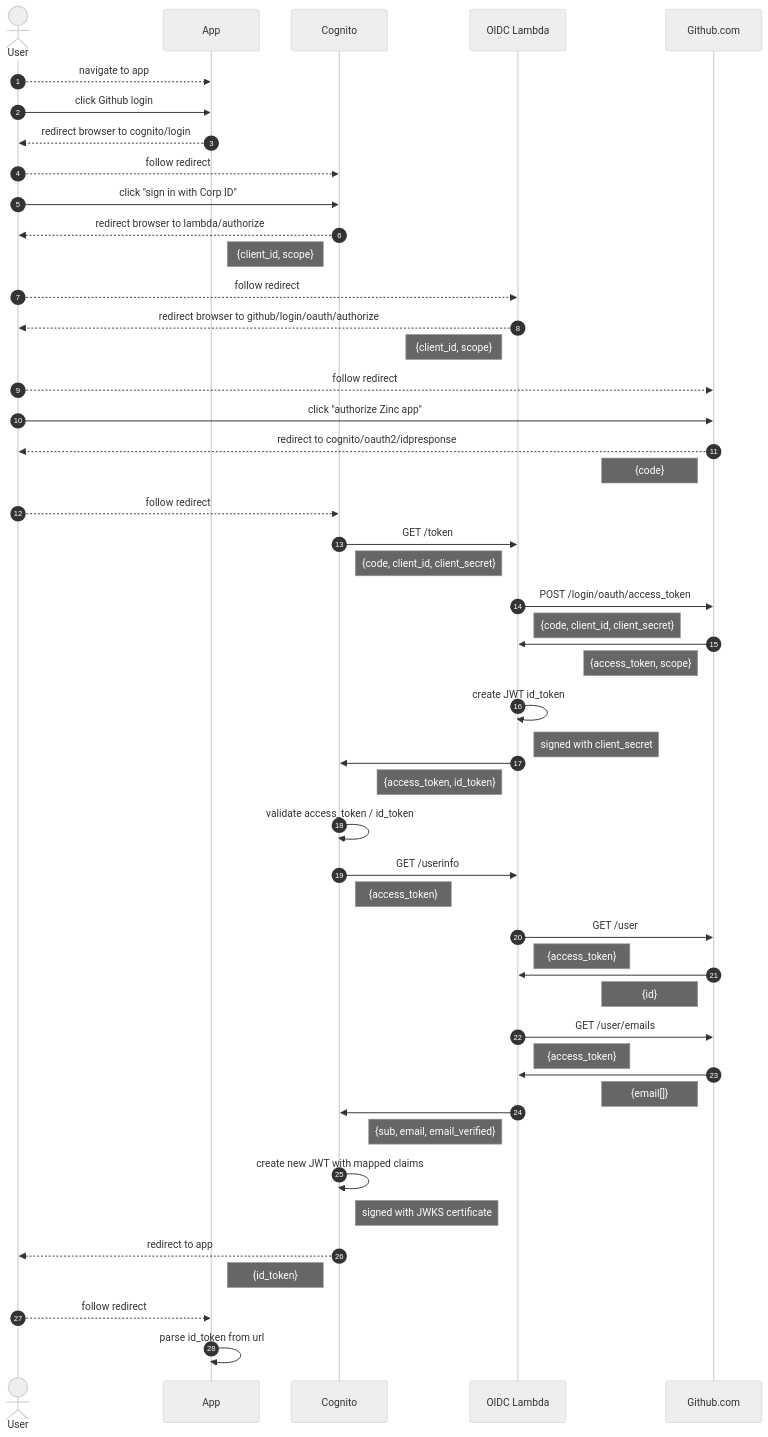
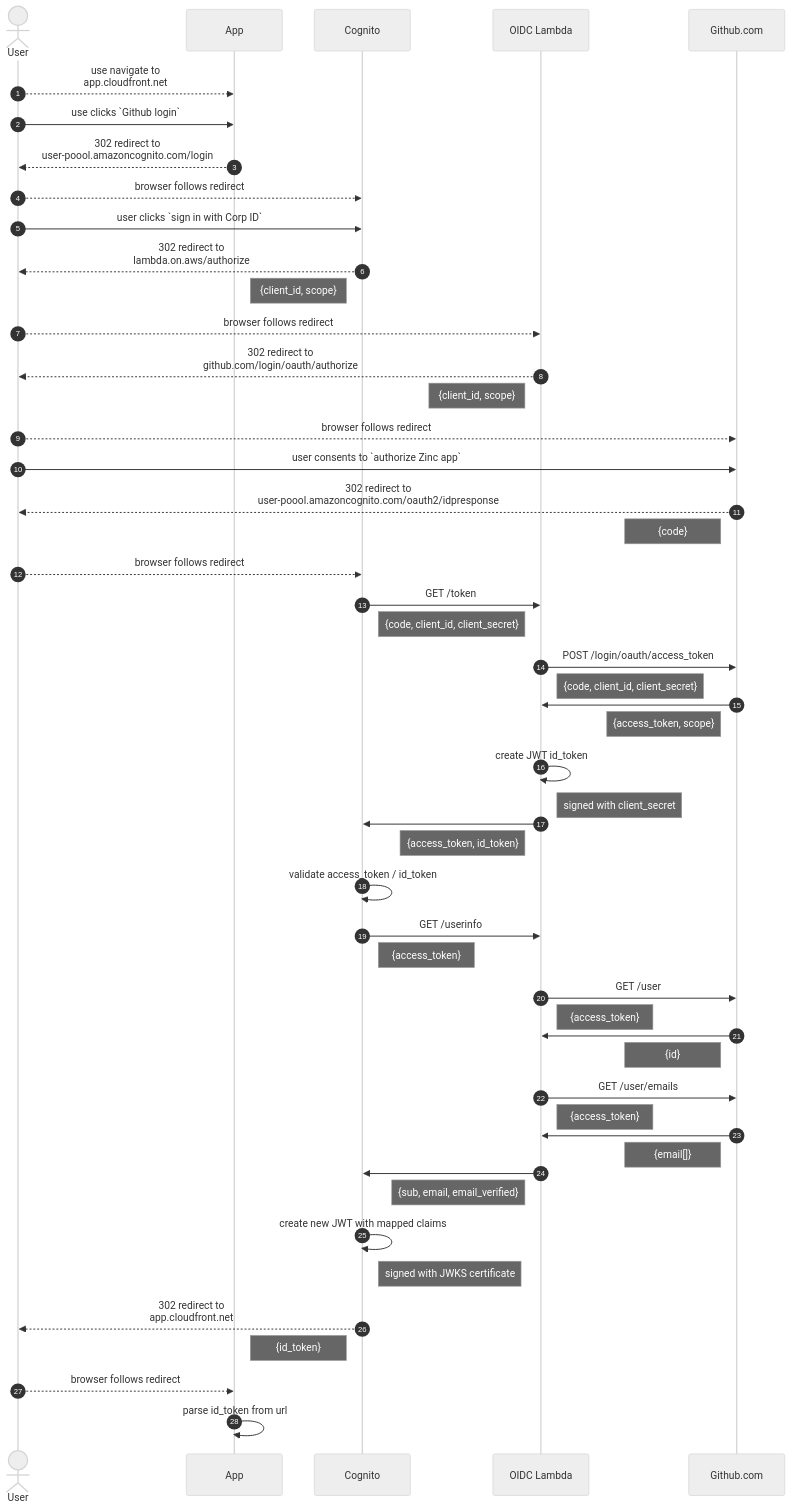
Before and after one commit to shorn/zinc: the diagram in aws-infra/lambda/doc/cognito-github.md, drawn with Mermaid (neutral theme). The commit also changed 1 other file, not shown here.

````diff
--- a/aws-infra/lambda/doc/cognito-github.md
+++ b/aws-infra/lambda/doc/cognito-github.md
@@ -25,55 +25,55 @@
 ```mermaid
 sequenceDiagram
     autonumber
     actor user as User
     participant app as App
     participant cognito as Cognito
     participant lambda as OIDC Lambda
     participant github as Github.com
     
-    user-->>app: navigate to app
-    user->>app: click Github login
-    app-->>user: redirect browser to cognito/login
-    user-->>cognito: follow redirect
-    user->>cognito: click "sign in with Corp ID"
-    cognito-->>user: redirect browser to lambda/authorize
+    user-->>app: use navigate to<br/>app.cloudfront.net
+    user->>app: use clicks `Github login`
+    app-->>user: 302 redirect to<br/>user-poool.amazoncognito.com/login
+    user-->>cognito: browser follows redirect
+    user->>cognito: user clicks `sign in with Corp ID`
+    cognito-->>user: 302 redirect to<br/>lambda.on.aws/authorize
     note left of cognito: {client_id, scope}
-    user-->>lambda: follow redirect
-    lambda-->>user: redirect browser to github/login/oauth/authorize
+    user-->>lambda: browser follows redirect
+    lambda-->>user: 302 redirect to<br/>github.com/login/oauth/authorize
     note left of lambda: {client_id, scope}
-    user-->>github: follow redirect
-    user->>github: click "authorize Zinc app"
-    github-->>user: redirect to cognito/oauth2/idpresponse
+    user-->>github: browser follows redirect
+    user->>github: user consents to `authorize Zinc app`
+    github-->>user: 302 redirect to<br/>user-poool.amazoncognito.com/oauth2/idpresponse
     note left of github: {code}
-    user-->>cognito: follow redirect
+    user-->>cognito: browser follows redirect
     cognito->>lambda: GET /token
     note right of cognito: {code, client_id, client_secret}
     lambda->>github: POST /login/oauth/access_token 
     note right of lambda: {code, client_id, client_secret}
     github->>lambda: 
     note left of github: {access_token, scope}
     lambda->>lambda: create JWT id_token
     note right of lambda: signed with client_secret
     lambda->>cognito: 
     note left of lambda: {access_token, id_token}    
     cognito->>cognito: validate access_token / id_token
     cognito->>lambda: GET /userinfo
     note right of cognito: {access_token}
     lambda->>github: GET /user
     note right of lambda: {access_token}
     github->>lambda: 
     note left of github: {id}
     lambda->>github: GET /user/emails
     note right of lambda: {access_token}
     github->>lambda: 
     note left of github: {email[]}
     lambda->>cognito: 
     note left of lambda: {sub, email, email_verified}
     cognito->>cognito: create new JWT with mapped claims
     note right of cognito: signed with JWKS certificate
-    cognito-->>user: redirect to app
+    cognito-->>user: 302 redirect to<br/>app.cloudfront.net
     note left of cognito: {id_token}
-    user-->>app: follow redirect
+    user-->>app: browser follows redirect
     app->>app: parse id_token from url
 
 ```
````
